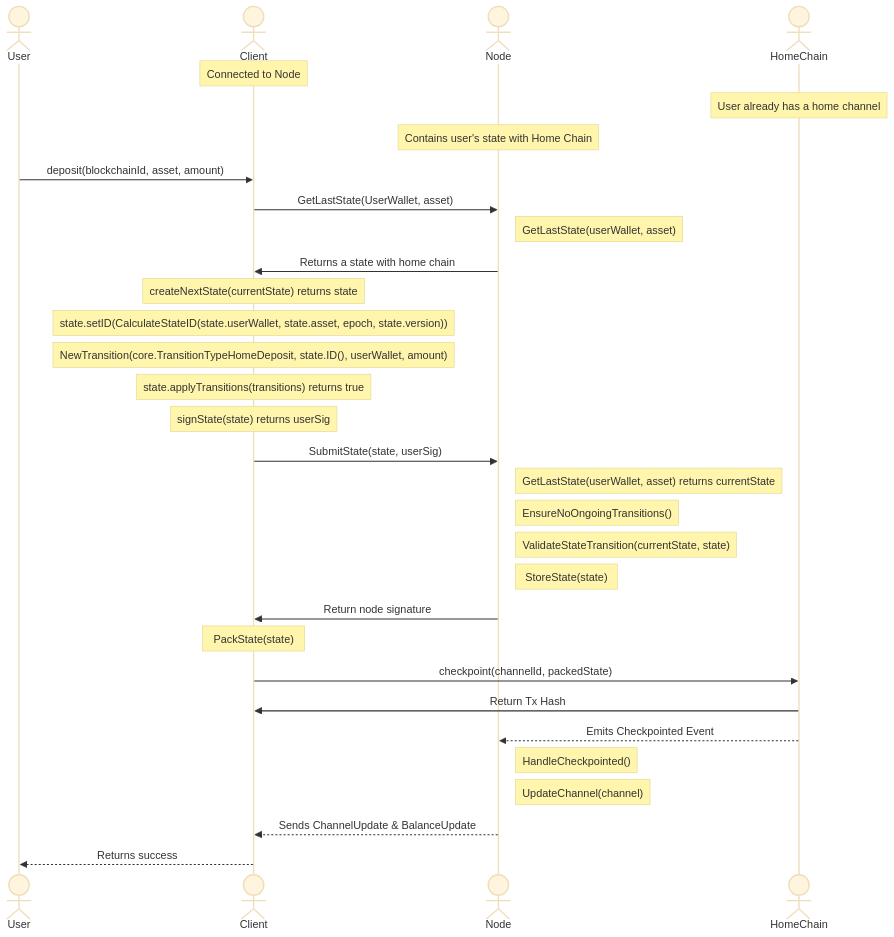
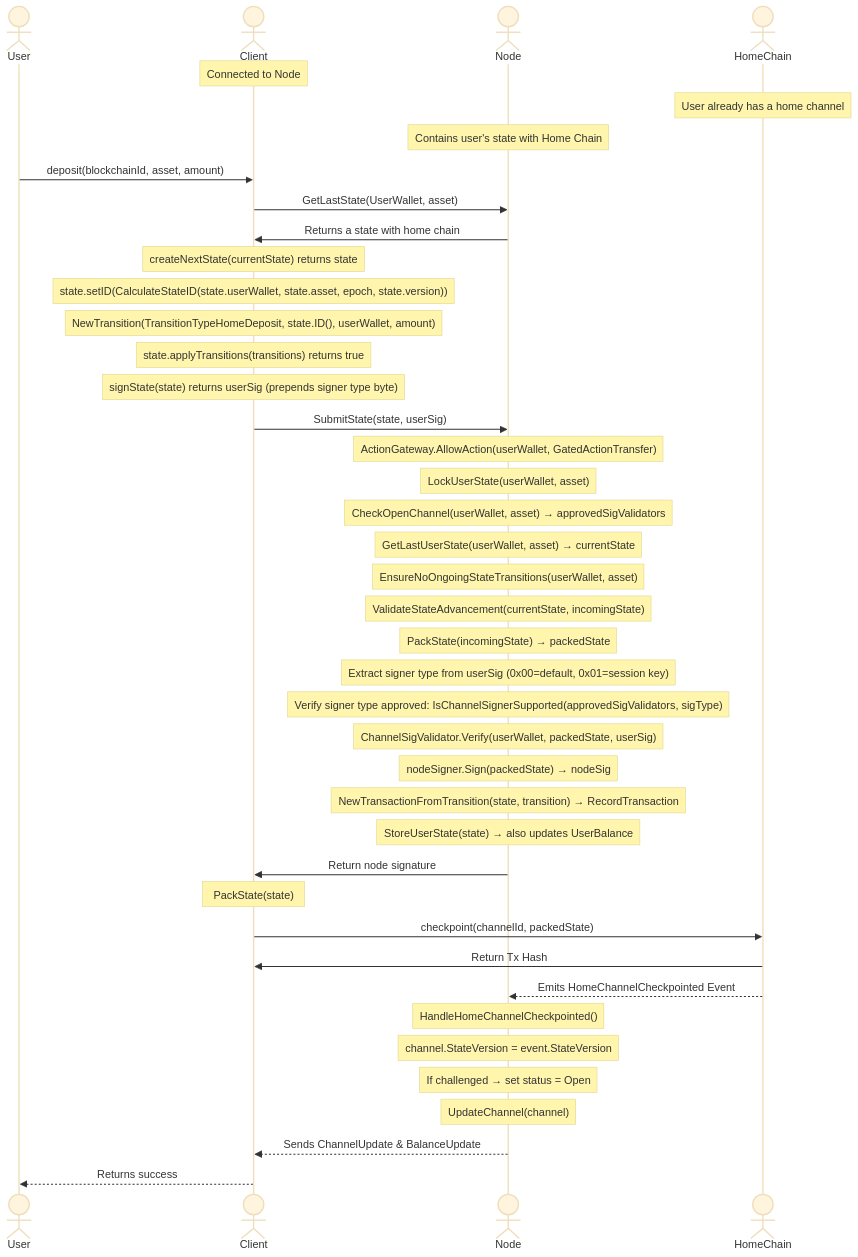
The diagram in docs/communication_flows/home_chan_deposit.mmd (erc7824/nitrolite), drawn with Mermaid (base theme) before and after one commit. The commit also changed other lines of this file and 9 other files, not shown here.

First line of the commit message:
YNU-829: Update Data Models and Communication Flows diagrams (#616)

```diff
--- a/docs/communication_flows/home_chan_deposit.mmd
+++ b/docs/communication_flows/home_chan_deposit.mmd
@@ -1,35 +1,44 @@
 sequenceDiagram
         actor User
         actor Client
         actor Node
         actor HomeChain
         Note over Client: Connected to Node
         Note over HomeChain: User already has a home channel
-        Note over Node: Contains user's state with Home Chain 
+        Note over Node: Contains user's state with Home Chain
 
         User->>Client: deposit(blockchainId, asset, amount)
         Client->>Node: GetLastState(UserWallet, asset)
-        Note right of Node: GetLastState(userWallet, asset)
         Node->>Client: Returns a state with home chain
-        %% Note over Client: Check current state transitions
         Note over Client: createNextState(currentState) returns state
         Note over Client: state.setID(CalculateStateID(state.userWallet, state.asset, epoch, state.version))
-        Note over Client: NewTransition(core.TransitionTypeHomeDeposit, state.ID(), userWallet, amount)
+        Note over Client: NewTransition(TransitionTypeHomeDeposit, state.ID(), userWallet, amount)
         Note over Client: state.applyTransitions(transitions) returns true
-        Note over Client: signState(state) returns userSig
+        Note over Client: signState(state) returns userSig (prepends signer type byte)
 
         Client->>Node: SubmitState(state, userSig)
-        Note right of Node: GetLastState(userWallet, asset) returns currentState
-        Note right of Node: EnsureNoOngoingTransitions()
-        Note right of Node: ValidateStateTransition(currentState, state)
-        Note right of Node: StoreState(state)
+        Note over Node: ActionGateway.AllowAction(userWallet, GatedActionTransfer)
+        Note over Node: LockUserState(userWallet, asset)
+        Note over Node: CheckOpenChannel(userWallet, asset) → approvedSigValidators
+        Note over Node: GetLastUserState(userWallet, asset) → currentState
+        Note over Node: EnsureNoOngoingStateTransitions(userWallet, asset)
+        Note over Node: ValidateStateAdvancement(currentState, incomingState)
+        Note over Node: PackState(incomingState) → packedState
+        Note over Node: Extract signer type from userSig (0x00=default, 0x01=session key)
+        Note over Node: Verify signer type approved: IsChannelSignerSupported(approvedSigValidators, sigType)
+        Note over Node: ChannelSigValidator.Verify(userWallet, packedState, userSig)
+        Note over Node: nodeSigner.Sign(packedState) → nodeSig
+        Note over Node: NewTransactionFromTransition(state, transition) → RecordTransaction
+        Note over Node: StoreUserState(state) → also updates UserBalance
         Node->>Client: Return node signature
 
         Note over Client: PackState(state)
         Client->>HomeChain: checkpoint(channelId, packedState)
         HomeChain->>Client: Return Tx Hash
-        HomeChain-->>Node: Emits Checkpointed Event
-        Note right of Node: HandleCheckpointed()
-        Note right of Node: UpdateChannel(channel)
+        HomeChain-->>Node: Emits HomeChannelCheckpointed Event
+        Note over Node: HandleHomeChannelCheckpointed()
+        Note over Node: channel.StateVersion = event.StateVersion
+        Note over Node: If challenged → set status = Open
+        Note over Node: UpdateChannel(channel)
         Node-->>Client: Sends ChannelUpdate & BalanceUpdate
         Client-->>User: Returns success
```
